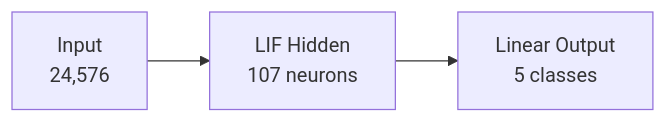
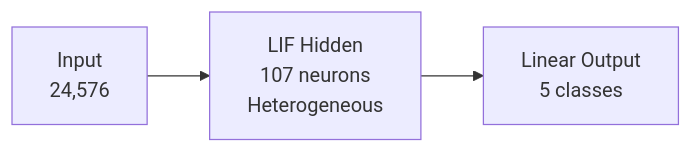
The third of 3 diagrams in README.md (T2brozz/neuroAi), drawn with Mermaid before and after one commit. The commit also changed other lines of this file and 4 other files, not shown here.

````diff
--- a/README.md
+++ b/README.md
@@ -193,5 +187,5 @@
 ```mermaid
 flowchart LR
-    A[Input<br/>24,576] --> B[LIF Hidden<br/>107 neurons]
+    A[Input<br/>24,576] --> B[LIF Hidden<br/>107 neurons<br/>Heterogeneous]
     B --> C[Linear Output<br/>5 classes]
 ```
````
